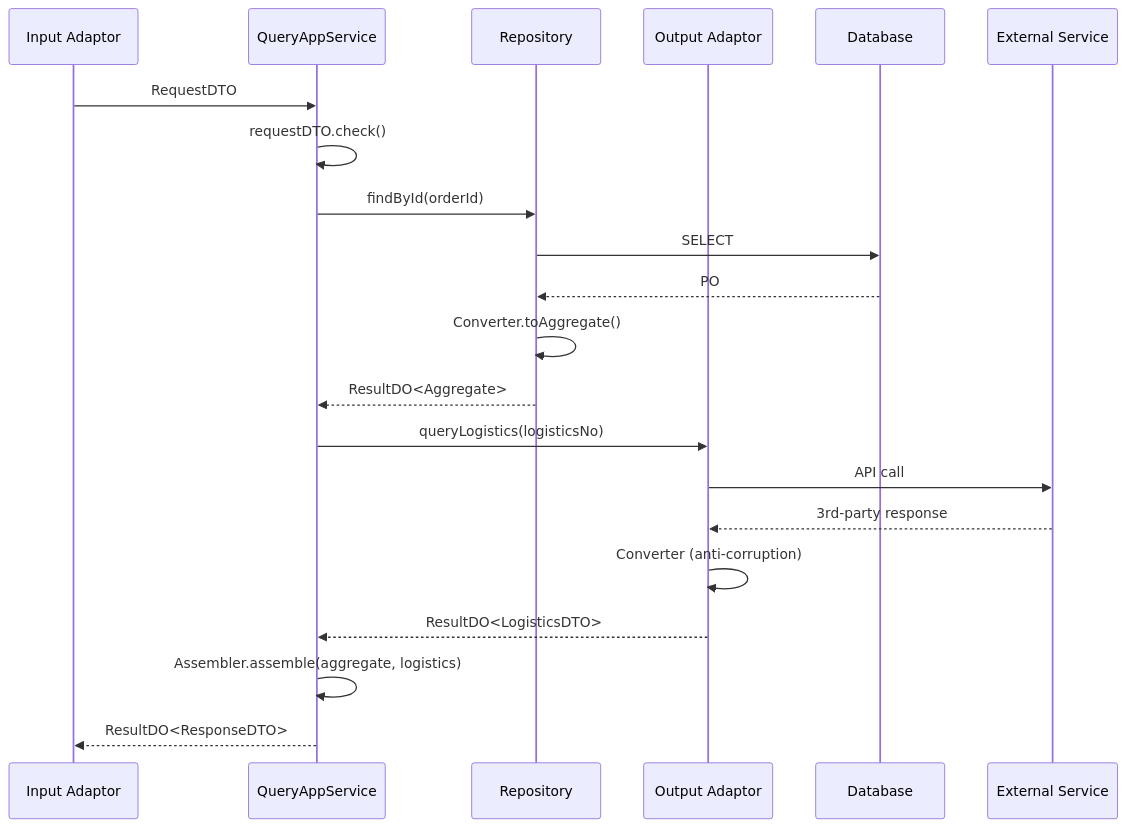
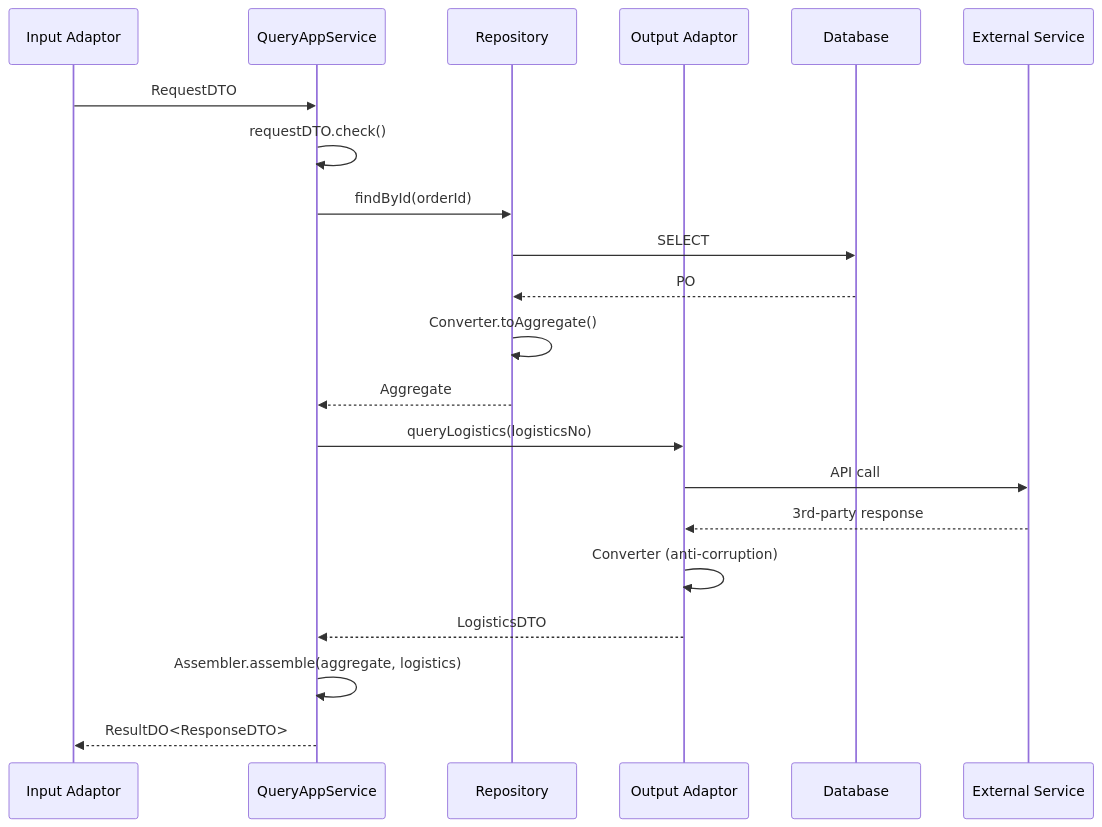
The fourth of 6 diagrams in references/overview.md (bookiosk/ddd-check), drawn with Mermaid before and after one commit. The commit also changed other lines of this file and 13 other files, not shown here.

````diff
--- a/references/overview.md
+++ b/references/overview.md
@@ -242,24 +242,24 @@
 ```mermaid
 sequenceDiagram
     participant I as Input Adaptor
     participant Q as QueryAppService
     participant R as Repository
     participant O as Output Adaptor
     participant DB as Database
     participant Ext as External Service
 
     I->>Q: RequestDTO
     Q->>Q: requestDTO.check()
     Q->>R: findById(orderId)
     R->>DB: SELECT
     DB-->>R: PO
     R->>R: Converter.toAggregate()
-    R-->>Q: ResultDO<Aggregate>
+    R-->>Q: Aggregate
     Q->>O: queryLogistics(logisticsNo)
     O->>Ext: API call
     Ext-->>O: 3rd-party response
     O->>O: Converter (anti-corruption)
-    O-->>Q: ResultDO<LogisticsDTO>
+    O-->>Q: LogisticsDTO
     Q->>Q: Assembler.assemble(aggregate, logistics)
     Q-->>I: ResultDO<ResponseDTO>
 ```
````
